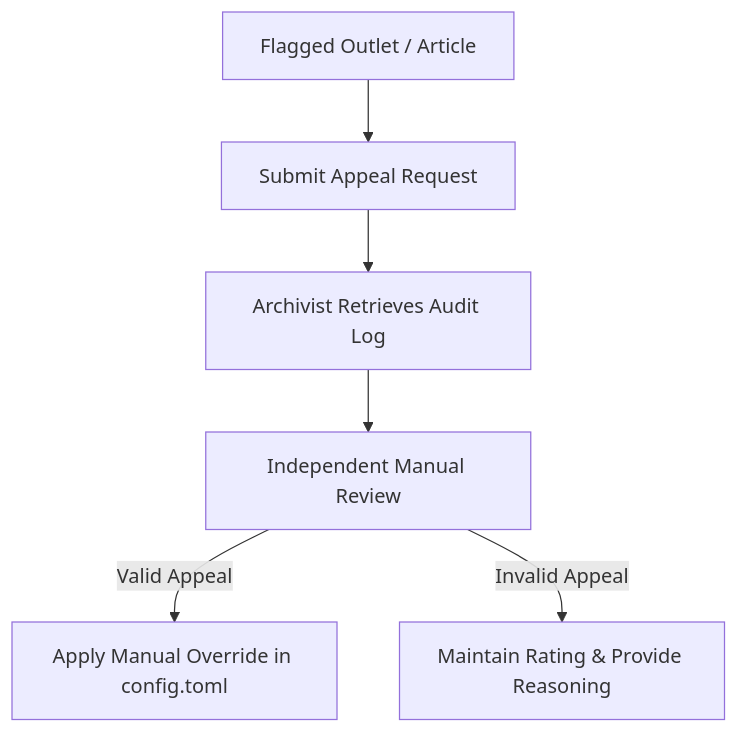
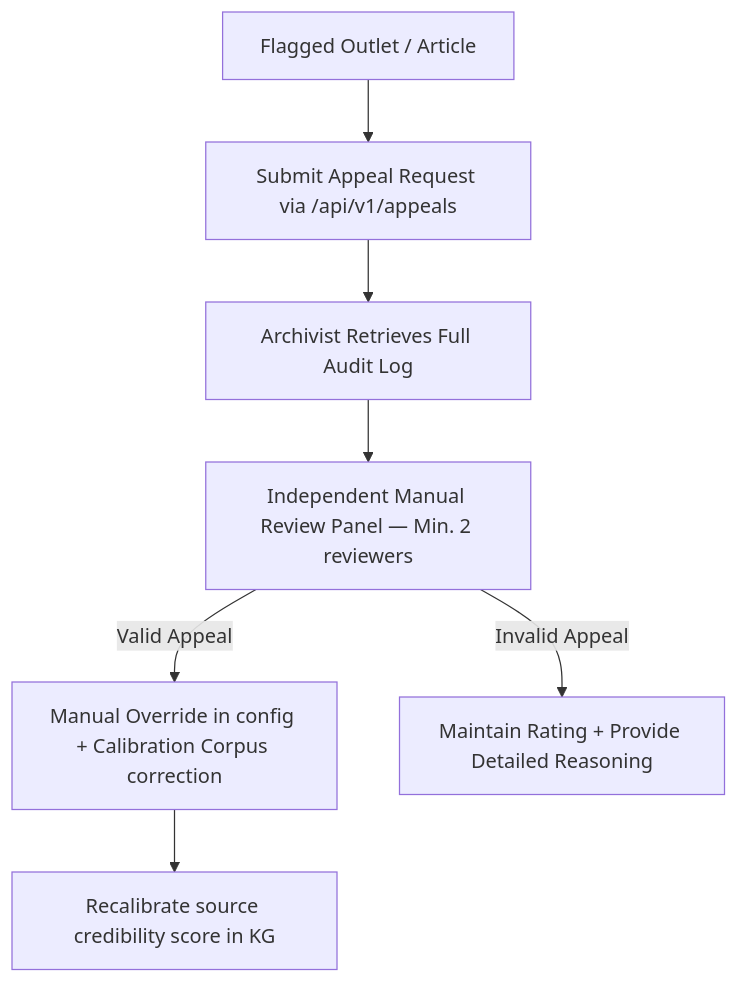
Before and after one commit to badmarsh/librefang: the diagram in docs/ethics_framework.md, drawn with Mermaid. The commit also changed other lines of this file and 82 other files, not shown here.

````diff
--- a/docs/ethics_framework.md
+++ b/docs/ethics_framework.md
@@ -43,8 +108,9 @@
 ```mermaid
 graph TD
-    A[Flagged Outlet / Article] --> B[Submit Appeal Request]
-    B --> C[Archivist Retrieves Audit Log]
-    C --> D[Independent Manual Review]
-    D -->|Valid Appeal| E[Apply Manual Override in config.toml]
-    D -->|Invalid Appeal| F[Maintain Rating & Provide Reasoning]
+    A[Flagged Outlet / Article] --> B[Submit Appeal Request via /api/v1/appeals]
+    B --> C[Archivist Retrieves Full Audit Log]
+    C --> D[Independent Manual Review Panel — Min. 2 reviewers]
+    D -->|Valid Appeal| E[Manual Override in config + Calibration Corpus correction]
+    D -->|Invalid Appeal| F[Maintain Rating + Provide Detailed Reasoning]
+    E --> G[Recalibrate source credibility score in KG]
 ```
````
